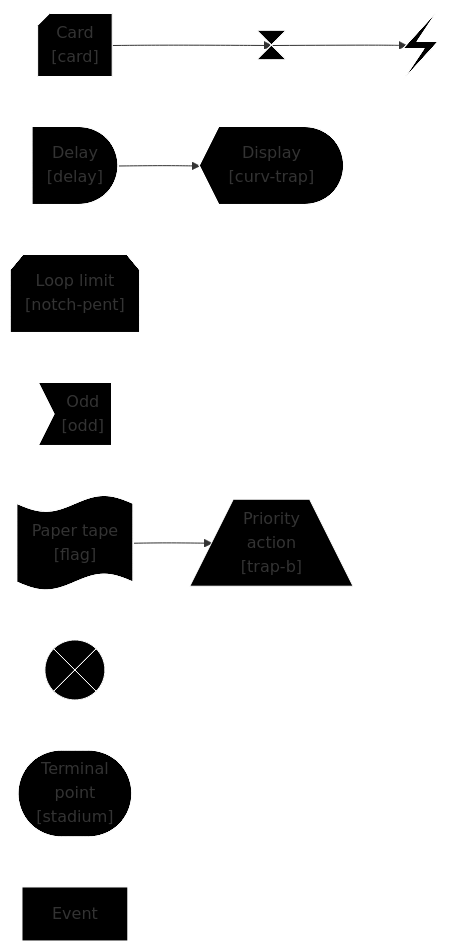
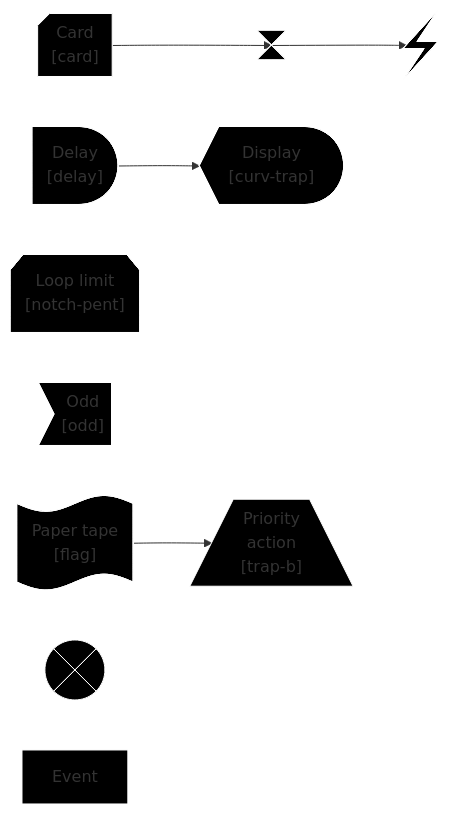
The ninth of 9 diagrams in profile/mermaid/mermaid-shapes.md (APrettyCoolProgram/aprettycoolprogram), drawn with Mermaid before and after one commit. The commit also changed other lines of this file, not shown here.

````diff
--- a/profile/mermaid/mermaid-shapes.md
+++ b/profile/mermaid/mermaid-shapes.md
@@ -111,26 +193,25 @@
 ```mermaid
 flowchart LR
     %% Components
     Card@{shape: card, label: "Card\n[card]"}
     Collate@{shape: hourglass, label: "Collate\noperation\n[hourglass]"}
     ComLink@{shape: bolt, label: "Communication\nlink\n[bolt]"}
     Delay@{shape: delay, label: "Delay\n[delay]"}
     Display@{shape: curv-trap, label: "Display\n[curv-trap]"}
     LoopLimit@{shape: notch-pent, label: "Loop limit\n[notch-pent]"}
     Odd@{shape: odd, label: "Odd\n[odd]"}
     PaperTape@{shape: flag, label: "Paper tape\n[flag]"}
     PriorityAction@{shape: trap-b, label: "Priority\naction\n[trap-b]"}
     Summary@{shape: cross-circ, label: "Summary\n[cross-circ]"}
-    TerminalPoint@{shape: stadium, label: "Terminal\npoint\n[stadium]"}
+    
     %% Layout
     Card --> Collate --> ComLink
     Delay -->Display
     Event
     LoopLimit
     Odd
     PaperTape --> PriorityAction
     Summary
-    TerminalPoint
     %% Styles
     classDef default fill:#000, stroke:#FFF, stroke-width:1px
 ```
````
